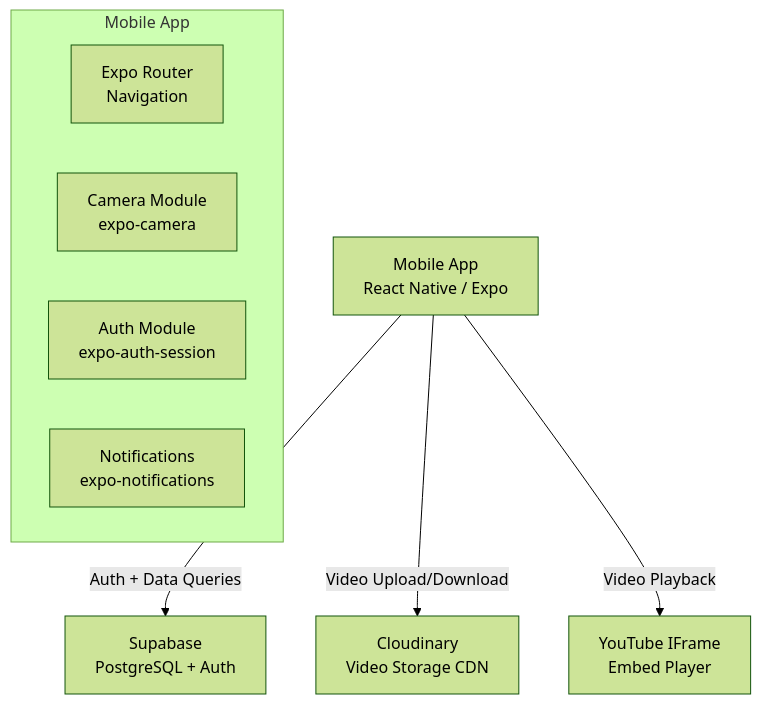
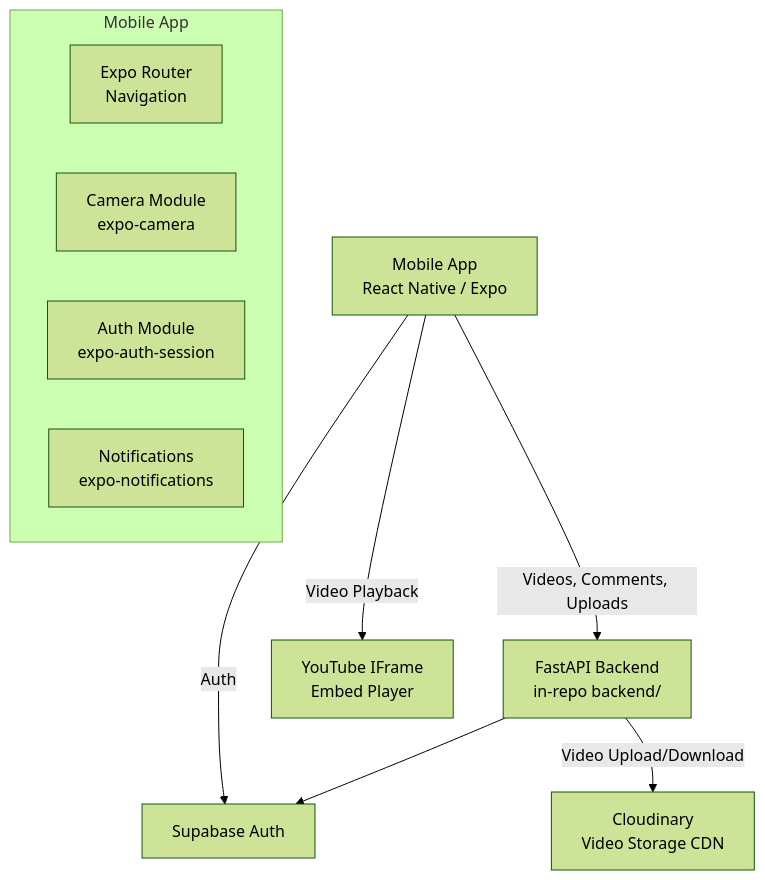
Before and after one commit to DarshanKumarDoddi/video-comment-application: the diagram in architecture.md, drawn with Mermaid (forest theme). The commit also changed other lines of this file and 2 other files, not shown here.

Commit message:
docs: reflect backend in-repo + expo-video + crash report in README/architecture/memory

````diff
--- a/architecture.md
+++ b/architecture.md
@@ -33,13 +33,15 @@
 ```mermaid
 graph TD
-    A[Mobile App<br/>React Native / Expo] -->|Auth + Data Queries| B[Supabase<br/>PostgreSQL + Auth]
-    A -->|Video Upload/Download| C[Cloudinary<br/>Video Storage CDN]
+    A[Mobile App<br/>React Native / Expo] -->|Videos, Comments, Uploads| B[FastAPI Backend<br/>in-repo backend/]
+    A -->|Auth| S[Supabase Auth]
+    B --> S
+    B -->|Video Upload/Download| C[Cloudinary<br/>Video Storage CDN]
     A -->|Video Playback| D[YouTube IFrame<br/>Embed Player]
 
     subgraph Mobile App
         E[Expo Router<br/>Navigation]
         F[Camera Module<br/>expo-camera]
         G[Auth Module<br/>expo-auth-session]
         H[Notifications<br/>expo-notifications]
     end
 ```
````
